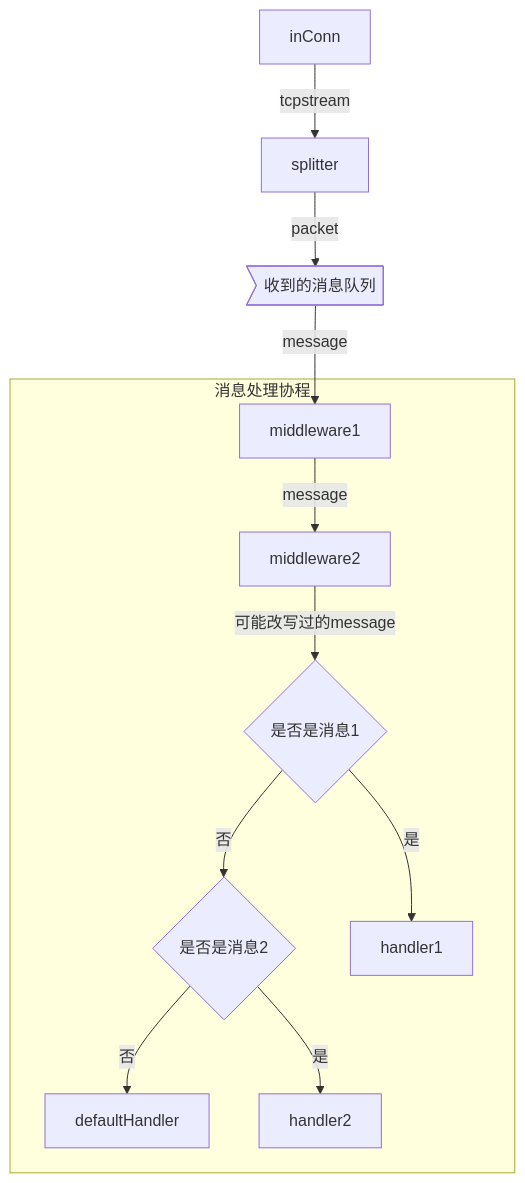
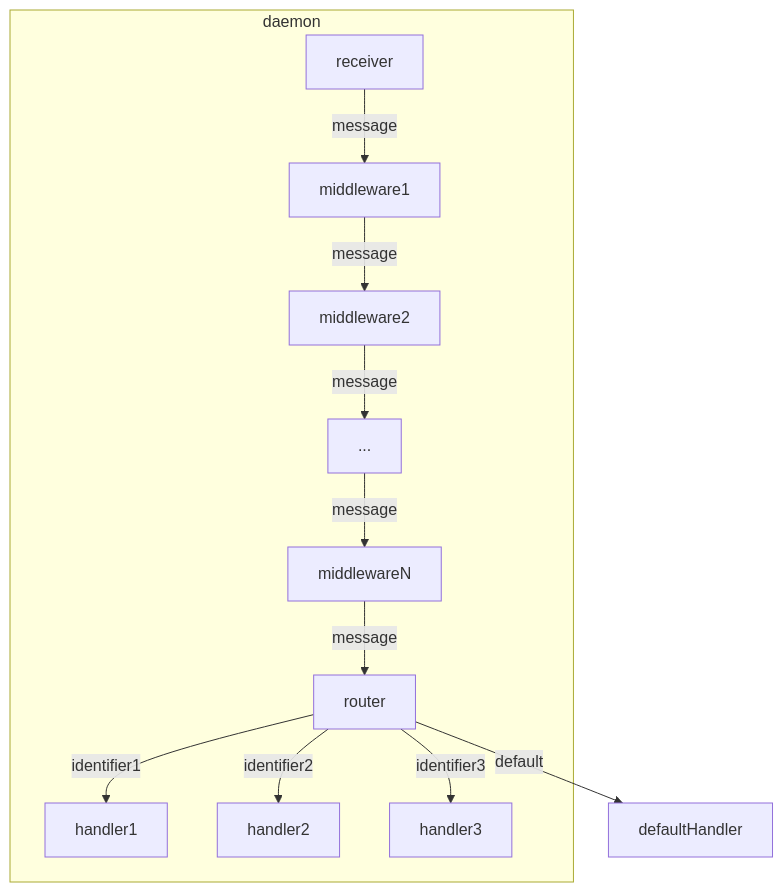
One commit to seedjyh/go-tcp changed the third of 4 diagrams in README.md. Above: the diagram before and after it, drawn with Mermaid. The commit also changed other lines of this file, not shown here.

````diff
--- a/README.md
+++ b/README.md
@@ -44,22 +82,14 @@
 ```mermaid
 graph TD
-    subgraph 消息处理协程
-        middleware1
-        middleware2
-        defaultHandler
-        identifier1{是否是消息1}
-        identifier2{是否是消息2}
-        handler1
-        handler2
+    subgraph daemon
+        receiver --message--> middleware1
+        middleware1 --message--> middleware2
+        middleware2 --message--> ...
+        ... --message--> middlewareN
+        middlewareN --message--> router
+        router --identifier1--> handler1
+        router --identifier2--> handler2
+        router --identifier3--> handler3
     end
-    receivedMessageChannel>收到的消息队列]
-    inConn --tcpstream--> splitter
-    splitter --packet--> receivedMessageChannel
-    receivedMessageChannel --message--> middleware1
-    middleware1 --message--> middleware2
-    middleware2 --可能改写过的message--> identifier1
-    identifier1 --否--> identifier2
-    identifier1 --是--> handler1
-    identifier2 --是--> handler2
-    identifier2 --否--> defaultHandler
+    router --default--> defaultHandler
 ```
````
